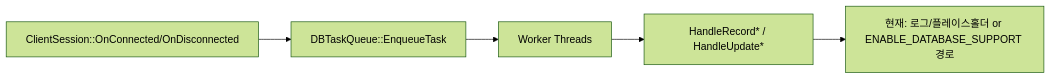
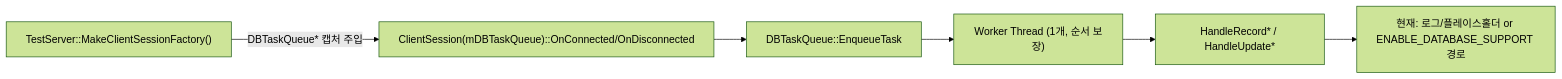
One commit to leedg/PublicStudy changed the fourth of 5 diagrams in NetworkModuleTest/Doc/07_VisualMap.md. Above: the diagram before and after it, drawn with Mermaid (forest theme). The commit also changed other lines of this file and 11 other files, not shown here.

````diff
--- a/NetworkModuleTest/Doc/07_VisualMap.md
+++ b/NetworkModuleTest/Doc/07_VisualMap.md
@@ -103,7 +103,8 @@
 ```mermaid
 flowchart LR
-    A["ClientSession::OnConnected/OnDisconnected"] --> B["DBTaskQueue::EnqueueTask"]
-    B --> C["Worker Threads"]
+    F["TestServer::MakeClientSessionFactory()"] -->|"DBTaskQueue* 캡처 주입"| A
+    A["ClientSession(mDBTaskQueue)::OnConnected/OnDisconnected"] --> B["DBTaskQueue::EnqueueTask"]
+    B --> C["Worker Thread (1개, 순서 보장)"]
     C --> D["HandleRecord* / HandleUpdate*"]
     D --> E["현재: 로그/플레이스홀더 or ENABLE_DATABASE_SUPPORT 경로"]
 ```
````
